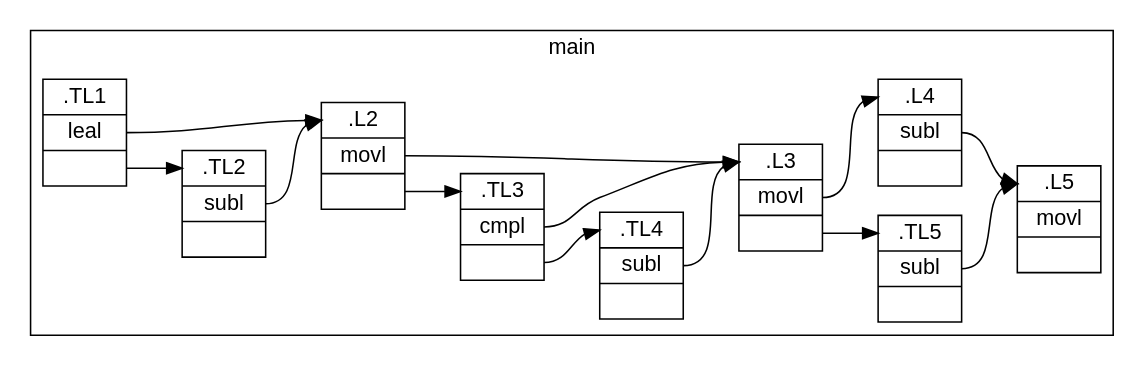
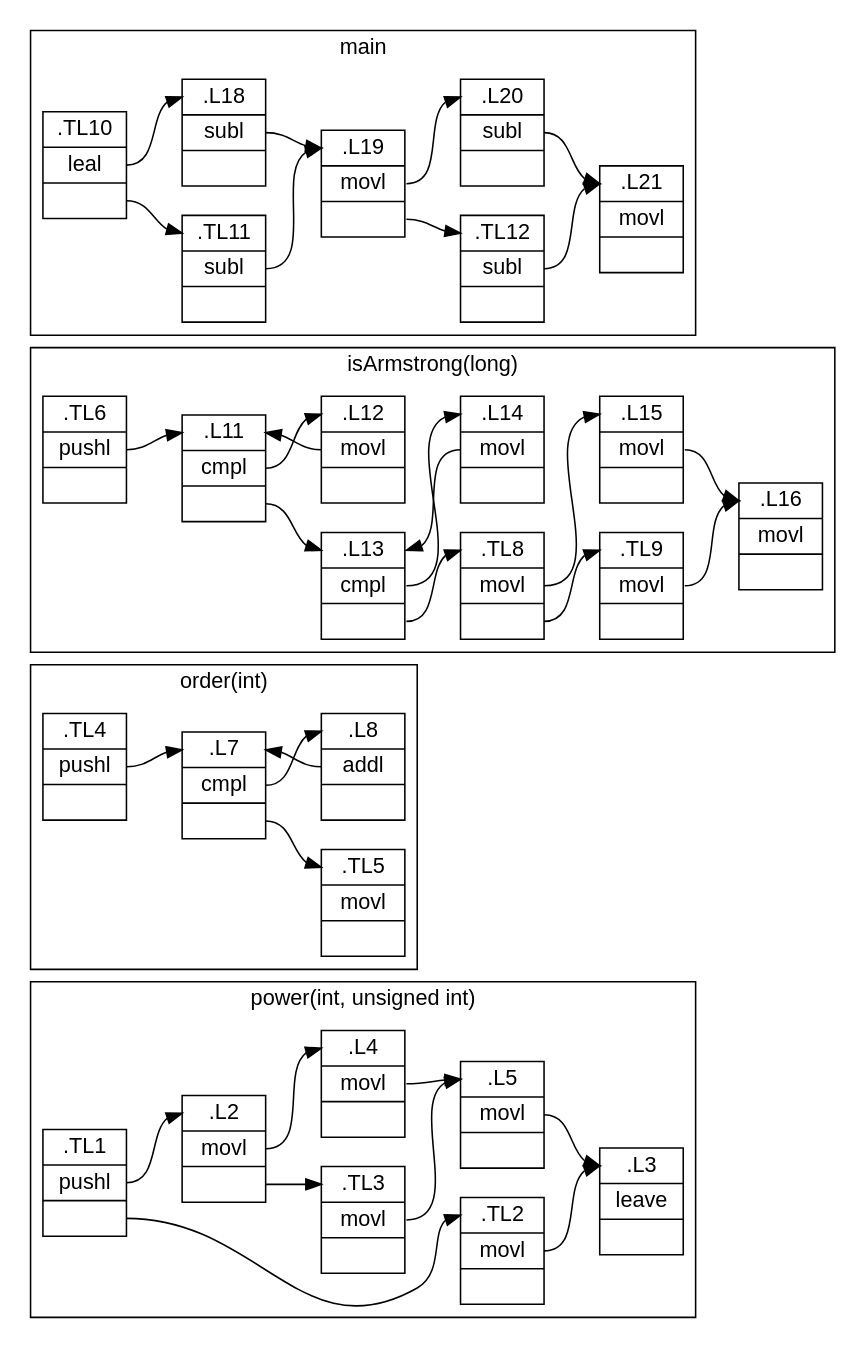
Before and after one commit to Antrea155/C-Decompiler: the diagram in dot/cfgimages.dot, drawn with Graphviz. The commit also changed 17 other files, not shown here.

```diff
--- a/dot/cfgimages.dot
+++ b/dot/cfgimages.dot
@@ -11,11 +11,11 @@
 ];
 edge [
 ];
-subgraph "main" {
-label = "main";
+subgraph "power(int, unsigned int)" {
+label = "power(int, unsigned int)";
 cluster=true;
 ".TL1"[
-label = "<f0>.TL1| <f1> leal |<f2>"
+label = "<f0>.TL1| <f1> pushl |<f2>"
 shape = "record"
 ];
 ".TL1":f1 -> ".L2":f0 [
@@ -25,58 +25,31 @@
 id=1
 ];
 ".TL2"[
-label = "<f0>.TL2| <f1> subl |<f2>"
+label = "<f0>.TL2| <f1> movl |<f2>"
 shape = "record"
 ];
-".TL2":f1 -> ".L2":f0 [
+".TL2":f1 -> ".L3":f0 [
 id=1
 ];
 ".L2"[
 label = "<f0>.L2| <f1> movl |<f2>"
 shape = "record"
 ];
-".L2":f1 -> ".L3":f0 [
+".L2":f1 -> ".L4":f0 [
 id=1
 ];
 ".L2":f2 -> ".TL3":f0 [
 id=1
 ];
 ".TL3"[
-label = "<f0>.TL3| <f1> cmpl |<f2>"
+label = "<f0>.TL3| <f1> movl |<f2>"
 shape = "record"
 ];
-".TL3":f1 -> ".L3":f0 [
-id=1
-];
-".TL3":f2 -> ".TL4":f0 [
-id=1
-];
-".TL4"[
-label = "<f0>.TL4| <f1> subl |<f2>"
-shape = "record"
-];
-".TL4":f1 -> ".L3":f0 [
-id=1
-];
-".L3"[
-label = "<f0>.L3| <f1> movl |<f2>"
-shape = "record"
-];
-".L3":f1 -> ".L4":f0 [
-id=1
-];
-".L3":f2 -> ".TL5":f0 [
-id=1
-];
-".TL5"[
-label = "<f0>.TL5| <f1> subl |<f2>"
-shape = "record"
-];
-".TL5":f1 -> ".L5":f0 [
+".TL3":f1 -> ".L5":f0 [
 id=1
 ];
 ".L4"[
-label = "<f0>.L4| <f1> subl |<f2>"
+label = "<f0>.L4| <f1> movl |<f2>"
 shape = "record"
 ];
 ".L4":f1 -> ".L5":f0 [
@@ -86,5 +59,173 @@
 label = "<f0>.L5| <f1> movl |<f2>"
 shape = "record"
 ];
+".L5":f1 -> ".L3":f0 [
+id=1
+];
+".L3"[
+label = "<f0>.L3| <f1> leave |<f2>"
+shape = "record"
+];
+}
+subgraph "order(int)" {
+label = "order(int)";
+cluster=true;
+".TL4"[
+label = "<f0>.TL4| <f1> pushl |<f2>"
+shape = "record"
+];
+".TL4":f1 -> ".L7":f0 [
+id=1
+];
+".L8"[
+label = "<f0>.L8| <f1> addl |<f2>"
+shape = "record"
+];
+".L8":f1 -> ".L7":f0 [
+id=1
+];
+".L7"[
+label = "<f0>.L7| <f1> cmpl |<f2>"
+shape = "record"
+];
+".L7":f1 -> ".L8":f0 [
+id=1
+];
+".L7":f2 -> ".TL5":f0 [
+id=1
+];
+".TL5"[
+label = "<f0>.TL5| <f1> movl |<f2>"
+shape = "record"
+];
+}
+subgraph "isArmstrong(long)" {
+label = "isArmstrong(long)";
+cluster=true;
+".TL6"[
+label = "<f0>.TL6| <f1> pushl |<f2>"
+shape = "record"
+];
+".TL6":f1 -> ".L11":f0 [
+id=1
+];
+".L12"[
+label = "<f0>.L12| <f1> movl |<f2>"
+shape = "record"
+];
+".L12":f1 -> ".L11":f0 [
+id=1
+];
+".L11"[
+label = "<f0>.L11| <f1> cmpl |<f2>"
+shape = "record"
+];
+".L11":f1 -> ".L12":f0 [
+id=1
+];
+".L11":f2 -> ".L13":f0 [
+id=1
+];
+".L14"[
+label = "<f0>.L14| <f1> movl |<f2>"
+shape = "record"
+];
+".L14":f1 -> ".L13":f0 [
+id=1
+];
+".L13"[
+label = "<f0>.L13| <f1> cmpl |<f2>"
+shape = "record"
+];
+".L13":f1 -> ".L14":f0 [
+id=1
+];
+".L13":f2 -> ".TL8":f0 [
+id=1
+];
+".TL8"[
+label = "<f0>.TL8| <f1> movl |<f2>"
+shape = "record"
+];
+".TL8":f1 -> ".L15":f0 [
+id=1
+];
+".TL8":f2 -> ".TL9":f0 [
+id=1
+];
+".TL9"[
+label = "<f0>.TL9| <f1> movl |<f2>"
+shape = "record"
+];
+".TL9":f1 -> ".L16":f0 [
+id=1
+];
+".L15"[
+label = "<f0>.L15| <f1> movl |<f2>"
+shape = "record"
+];
+".L15":f1 -> ".L16":f0 [
+id=1
+];
+".L16"[
+label = "<f0>.L16| <f1> movl |<f2>"
+shape = "record"
+];
+}
+subgraph "main" {
+label = "main";
+cluster=true;
+".TL10"[
+label = "<f0>.TL10| <f1> leal |<f2>"
+shape = "record"
+];
+".TL10":f1 -> ".L18":f0 [
+id=1
+];
+".TL10":f2 -> ".TL11":f0 [
+id=1
+];
+".TL11"[
+label = "<f0>.TL11| <f1> subl |<f2>"
+shape = "record"
+];
+".TL11":f1 -> ".L19":f0 [
+id=1
+];
+".L18"[
+label = "<f0>.L18| <f1> subl |<f2>"
+shape = "record"
+];
+".L18":f1 -> ".L19":f0 [
+id=1
+];
+".L19"[
+label = "<f0>.L19| <f1> movl |<f2>"
+shape = "record"
+];
+".L19":f1 -> ".L20":f0 [
+id=1
+];
+".L19":f2 -> ".TL12":f0 [
+id=1
+];
+".TL12"[
+label = "<f0>.TL12| <f1> subl |<f2>"
+shape = "record"
+];
+".TL12":f1 -> ".L21":f0 [
+id=1
+];
+".L20"[
+label = "<f0>.L20| <f1> subl |<f2>"
+shape = "record"
+];
+".L20":f1 -> ".L21":f0 [
+id=1
+];
+".L21"[
+label = "<f0>.L21| <f1> movl |<f2>"
+shape = "record"
+];
 }
 }
```
